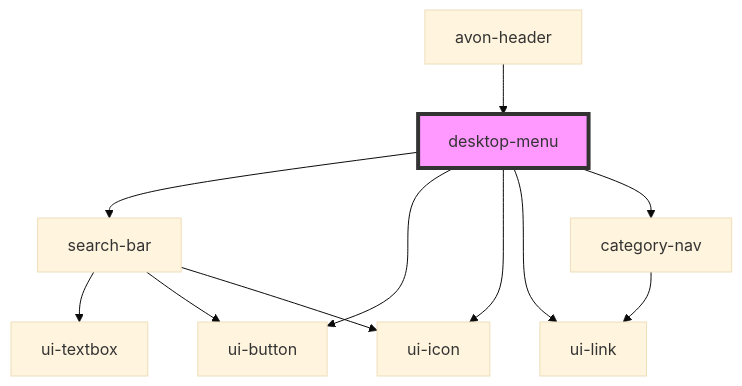
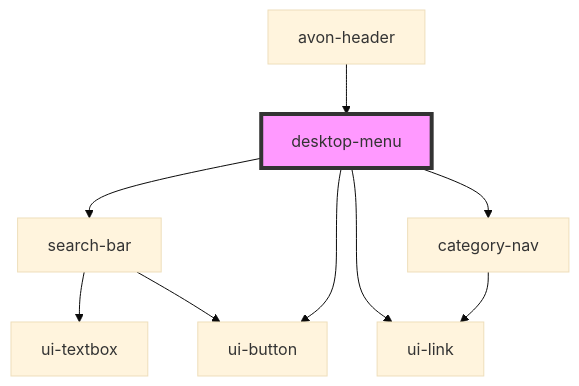
Before and after one commit to ankitghanekar-hcl/ui-shared-web-components: the diagram in src/components/avon-header/desktop-menu/readme.md, drawn with Mermaid (base theme). The commit also changed other lines of this file and 6 other files, not shown here.

````diff
--- a/src/components/avon-header/desktop-menu/readme.md
+++ b/src/components/avon-header/desktop-menu/readme.md
@@ -38,14 +35,12 @@
 ```mermaid
 graph TD;
   desktop-menu --> search-bar
   desktop-menu --> ui-button
-  desktop-menu --> ui-icon
   desktop-menu --> ui-link
   desktop-menu --> category-nav
   search-bar --> ui-textbox
   search-bar --> ui-button
-  search-bar --> ui-icon
   category-nav --> ui-link
   avon-header --> desktop-menu
   style desktop-menu fill:#f9f,stroke:#333,stroke-width:4px
 ```
````
